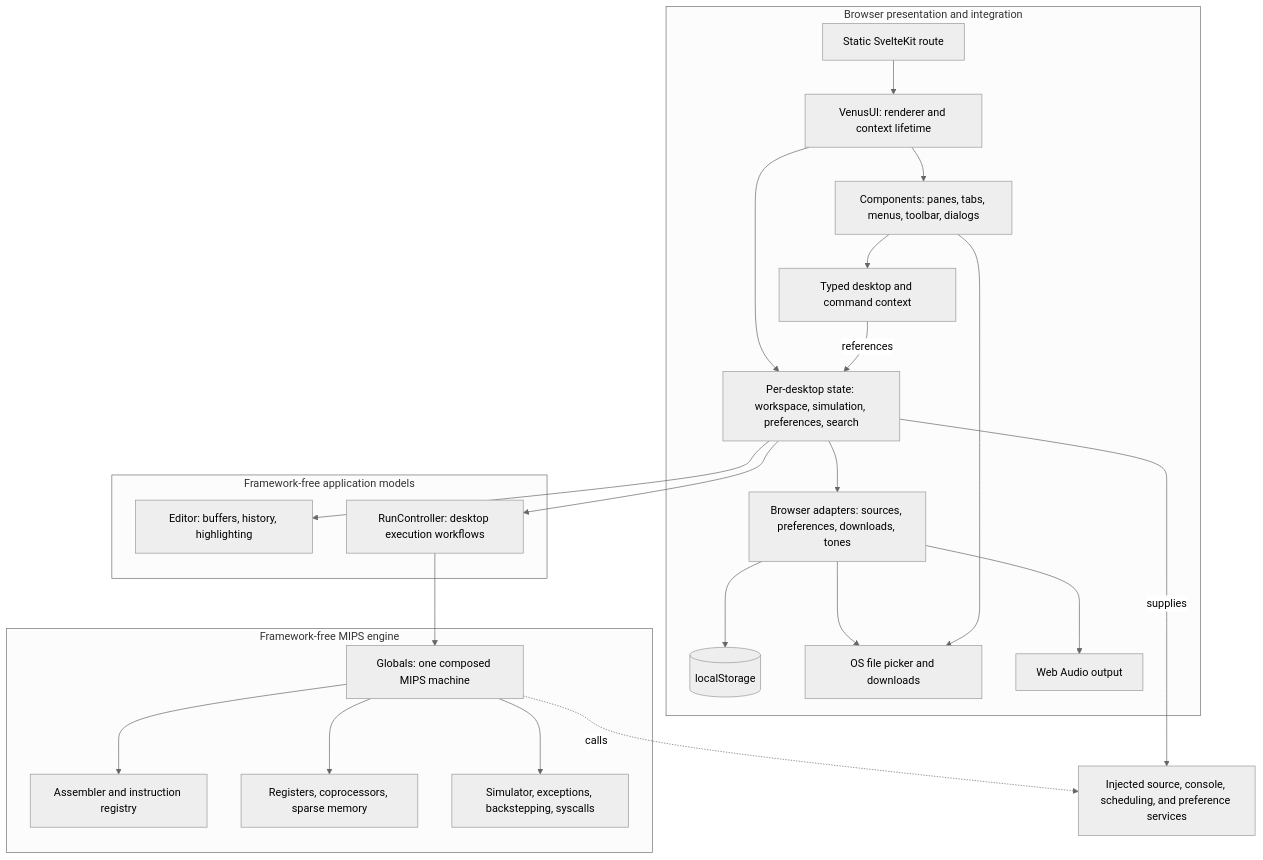
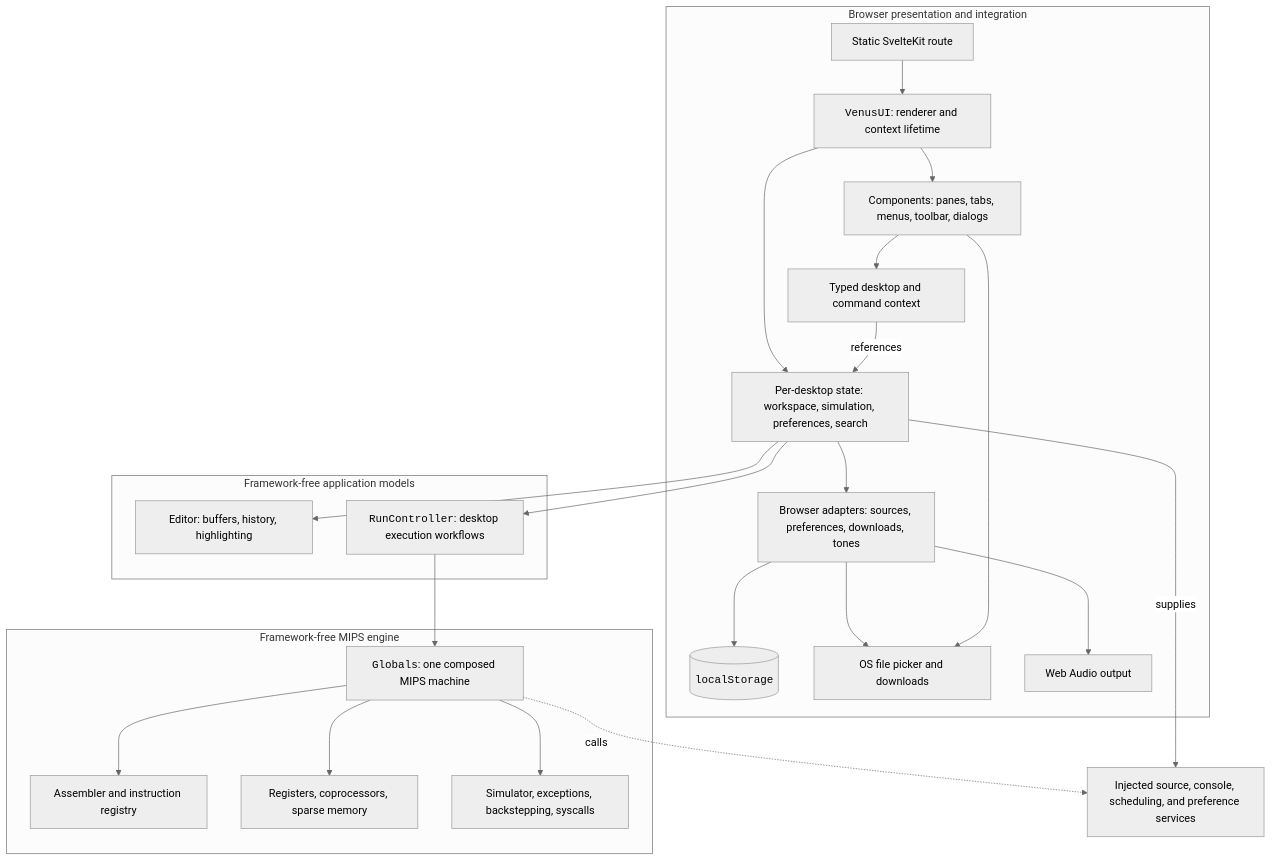
The first of 5 diagrams in IMPLEMENTATION.md (awpala/MARS-ts), drawn with Mermaid (neutral theme) before and after one commit. The commit also changed other lines of this file and 9 other files, not shown here.

Commit message:
chore: add code/monospace formatting to diagram blocks

````diff
--- a/IMPLEMENTATION.md
+++ b/IMPLEMENTATION.md
@@ -64,30 +64,30 @@
 ```mermaid
 flowchart TB
     subgraph Browser["Browser presentation and integration"]
-        Route["Static SvelteKit route"] --> Desktop["VenusUI: renderer and context lifetime"]
+        Route["Static SvelteKit route"] --> Desktop["<code>VenusUI</code>: renderer and context lifetime"]
         Desktop --> Components["Components: panes, tabs, menus, toolbar, dialogs"]
         Desktop --> State["Per-desktop state: workspace, simulation, preferences, search"]
         Commands["Typed desktop and command context"] -->|references| State
         Components --> Commands
         State --> Adapters["Browser adapters: sources, preferences, downloads, tones"]
-        Adapters --> Storage[("localStorage")]
+        Adapters --> Storage[("<code>localStorage</code>")]
         Adapters --> Files["OS file picker and downloads"]
         Adapters --> Audio["Web Audio output"]
         Components --> Files
     end
     subgraph Models["Framework-free application models"]
         Editor["Editor: buffers, history, highlighting"]
-        Controller["RunController: desktop execution workflows"]
+        Controller["<code>RunController</code>: desktop execution workflows"]
     end
     subgraph Core["Framework-free MIPS engine"]
-        Engine["Globals: one composed MIPS machine"]
+        Engine["<code>Globals</code>: one composed MIPS machine"]
         Engine --> Assembly["Assembler and instruction registry"]
         Engine --> Hardware["Registers, coprocessors, sparse memory"]
         Engine --> Simulation["Simulator, exceptions, backstepping, syscalls"]
     end
     State --> Editor
     State --> Controller
     Controller --> Engine
     State -->|supplies| Host["Injected source, console, scheduling, and preference services"]
     Engine -.->|calls| Host
 ```
````
